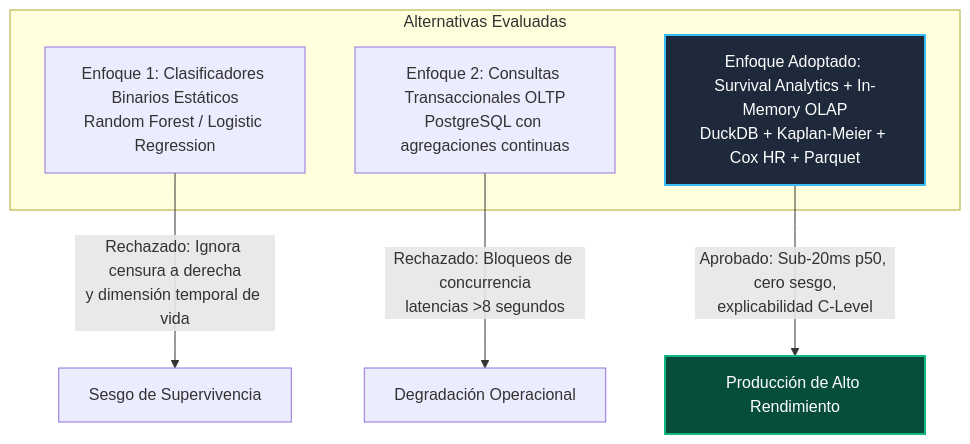
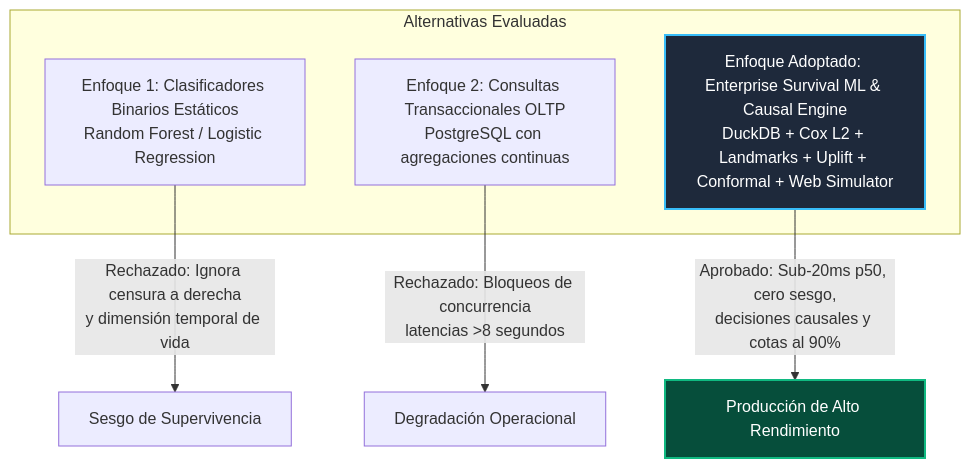
Before and after one commit to Maxrodri0311/crossing-hurdles-talent-survival-engine: the first of 2 diagrams in 00_SPEC.md, drawn with Mermaid. The commit also changed other lines of this file and 7 other files, not shown here.

````diff
--- a/00_SPEC.md
+++ b/00_SPEC.md
@@ -24,15 +24,15 @@
 ```mermaid
 flowchart TD
     subgraph "Alternativas Evaluadas"
         A[Enfoque 1: Clasificadores Binarios Estáticos<br/>Random Forest / Logistic Regression]
         B[Enfoque 2: Consultas Transaccionales OLTP<br/>PostgreSQL con agregaciones continuas]
-        C[Enfoque Adoptado: Survival Analytics + In-Memory OLAP<br/>DuckDB + Kaplan-Meier + Cox HR + Parquet]
+        C[Enfoque Adoptado: Enterprise Survival ML & Causal Engine<br/>DuckDB + Cox L2 + Landmarks + Uplift + Conformal + Web Simulator]
     end
 
     A -->|Rechazado: Ignora censura a derecha<br/>y dimensión temporal de vida| FAIL1[Sesgo de Supervivencia]
     B -->|Rechazado: Bloqueos de concurrencia<br/>latencias >8 segundos| FAIL2[Degradación Operacional]
-    C -->|Aprobado: Sub-20ms p50, cero sesgo,<br/>explicabilidad C-Level| WIN[Producción de Alto Rendimiento]
+    C -->|Aprobado: Sub-20ms p50, cero sesgo,<br/>decisiones causales y cotas al 90%| WIN[Producción de Alto Rendimiento]
 
     style C fill:#1E293B,stroke:#38BDF8,stroke-width:2px,color:#FFFFFF
     style WIN fill:#064E3B,stroke:#10B981,stroke-width:2px,color:#FFFFFF
 ```
````
